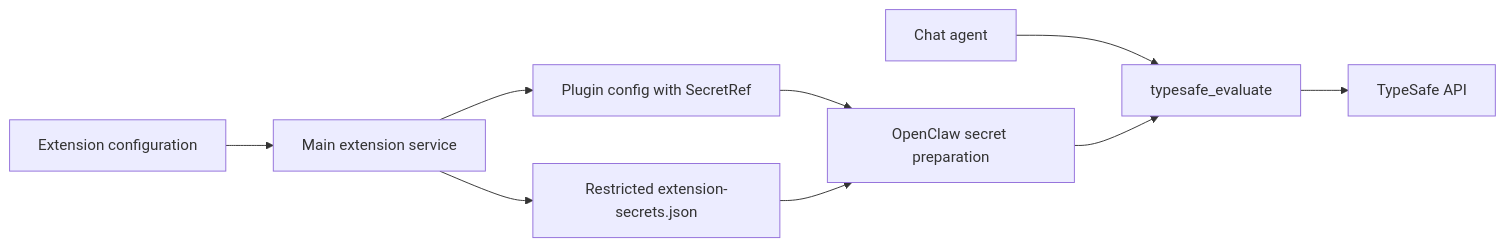
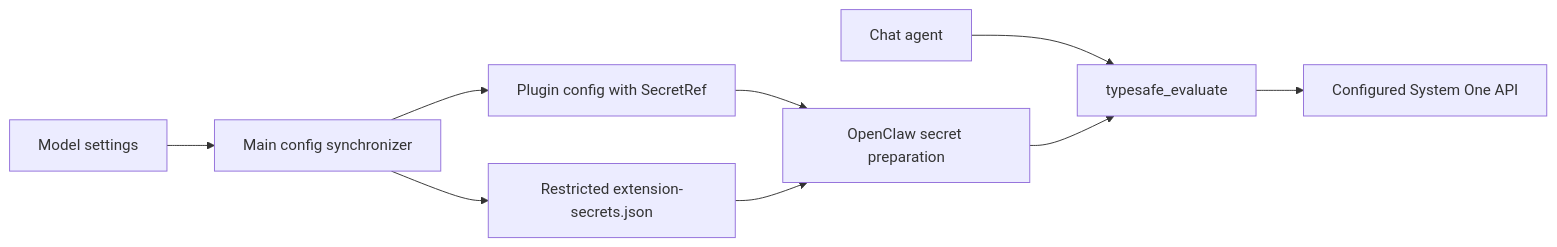
The second of 2 diagrams in docs/features/jev-integration.md (liangxhao/JustDo), drawn with Mermaid before and after one commit. The commit also changed other lines of this file and 36 other files, not shown here.

````diff
--- a/docs/features/jev-integration.md
+++ b/docs/features/jev-integration.md
@@ -60,11 +76,11 @@
 ```mermaid
 flowchart LR
-  UI[Extension configuration] --> Main[Main extension service]
+  UI[Model settings] --> Main[Main config synchronizer]
   Main --> Secret[Restricted extension-secrets.json]
   Main --> Config[Plugin config with SecretRef]
   Config --> Gateway[OpenClaw secret preparation]
   Secret --> Gateway
   Chat[Chat agent] --> Tool[typesafe_evaluate]
   Gateway --> Tool
-  Tool --> API[TypeSafe API]
+  Tool --> API[Configured System One API]
 ```
````
